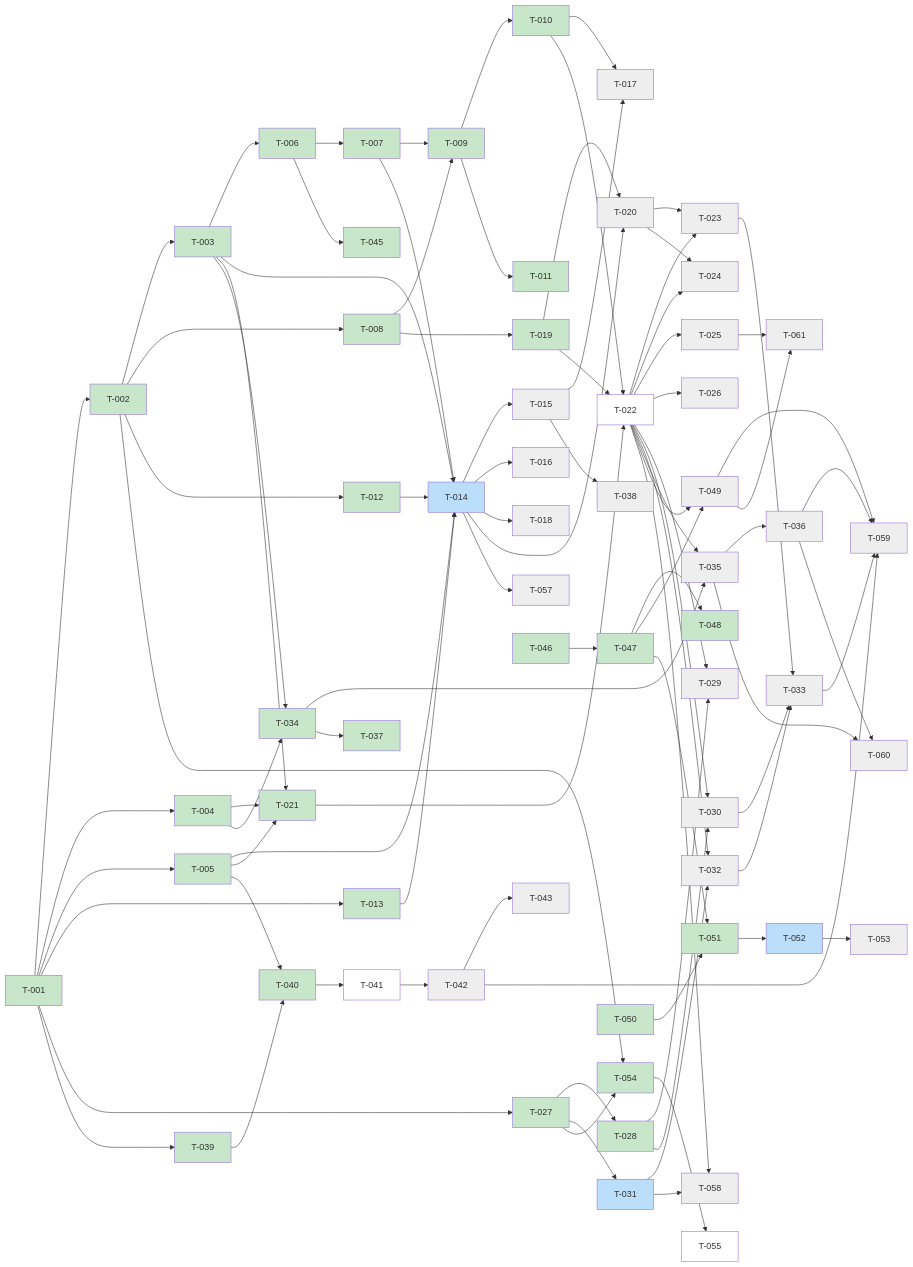
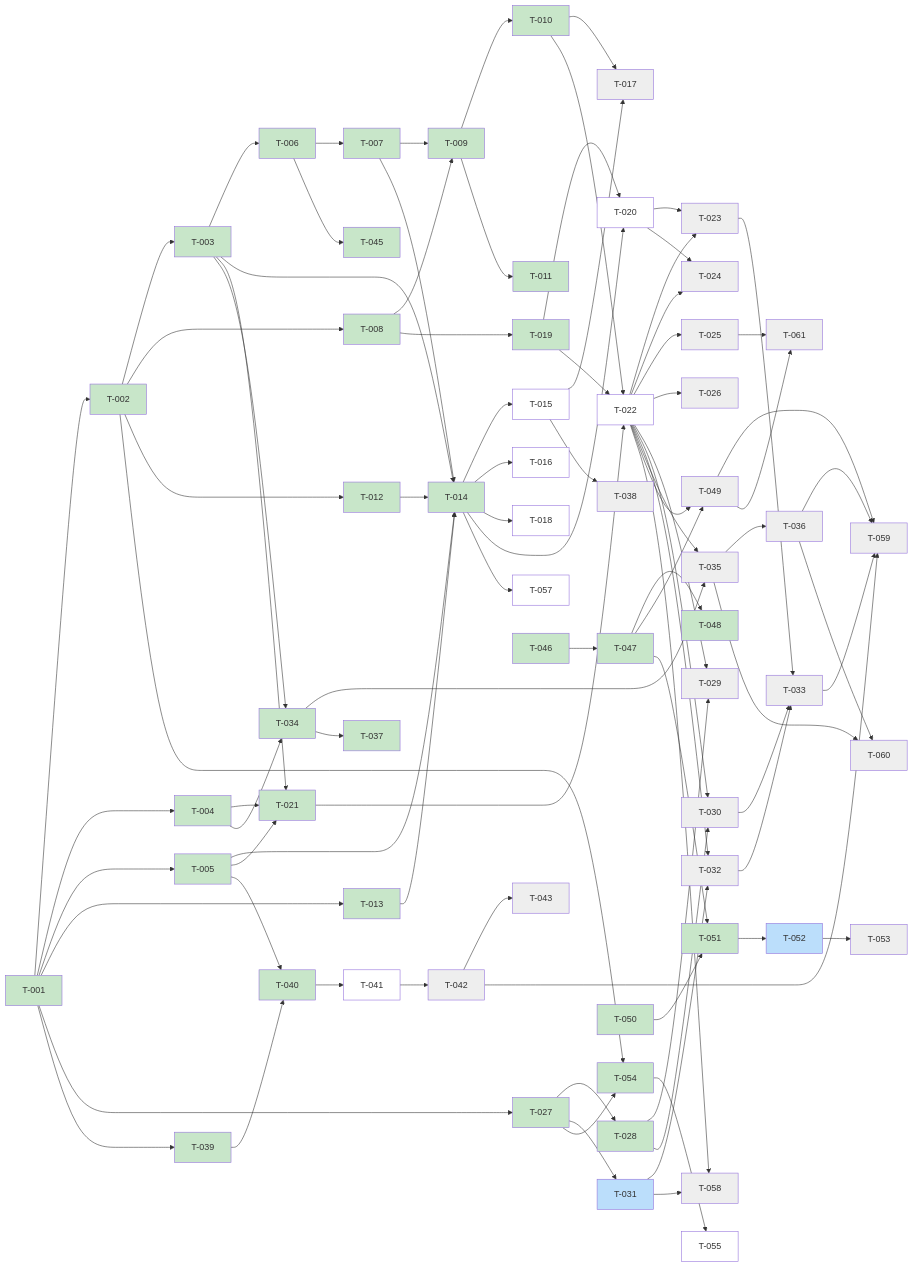
The diagram in kanban/BOARD.md (scholtz/biatec-chat), drawn with Mermaid before and after one commit. The commit also changed other lines of this file and 6 other files, not shown here.

````diff
--- a/kanban/BOARD.md
+++ b/kanban/BOARD.md
@@ -188,8 +188,8 @@
   classDef inprogress fill:#bbdefb
   classDef backlog fill:#ffffff
   classDef blocked fill:#eeeeee
-  class T001,T002,T003,T004,T005,T006,T007,T008,T009,T010,T011,T012,T013,T019,T021,T027,T028,T034,T037,T039,T040,T044,T045,T046,T047,T048,T050,T051,T054,T056 done
-  class T014,T031,T052 inprogress
-  class T022,T041,T055 backlog
-  class T015,T020,T023,T042,T017,T024,T029,T030,T032,T033,T035,T036,T038,T049,T059,T016,T018,T025,T026,T043,T053,T057,T058,T060,T061 blocked
+  class T001,T002,T003,T004,T005,T006,T007,T008,T009,T010,T011,T012,T013,T014,T019,T021,T027,T028,T034,T037,T039,T040,T044,T045,T046,T047,T048,T050,T051,T054,T056 done
+  class T031,T052 inprogress
+  class T015,T020,T022,T041,T055,T016,T018,T057 backlog
+  class T023,T042,T017,T024,T029,T030,T032,T033,T035,T036,T038,T049,T059,T025,T026,T043,T053,T058,T060,T061 blocked
 ```
````
